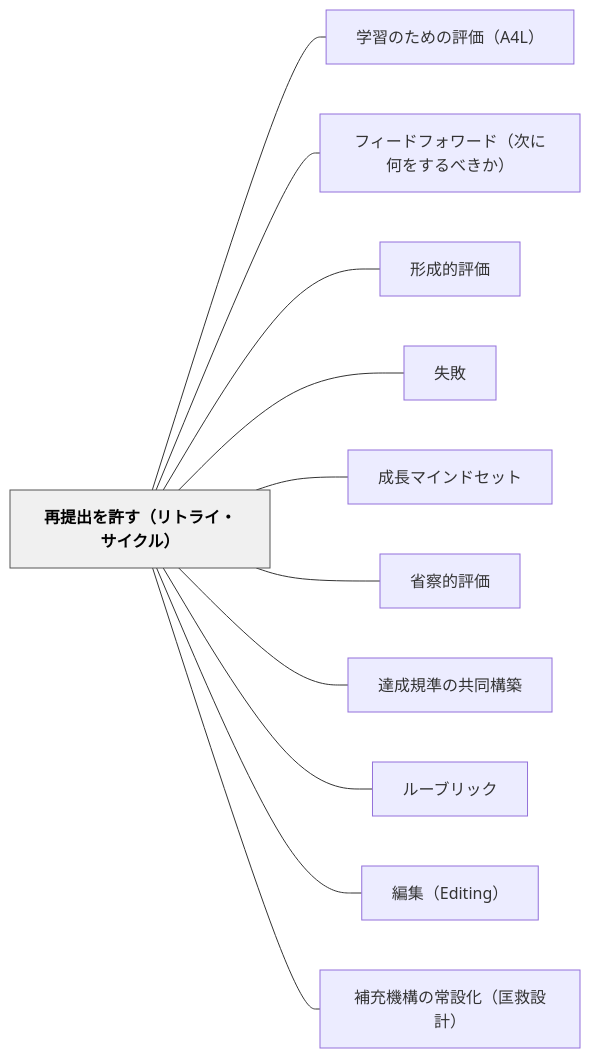
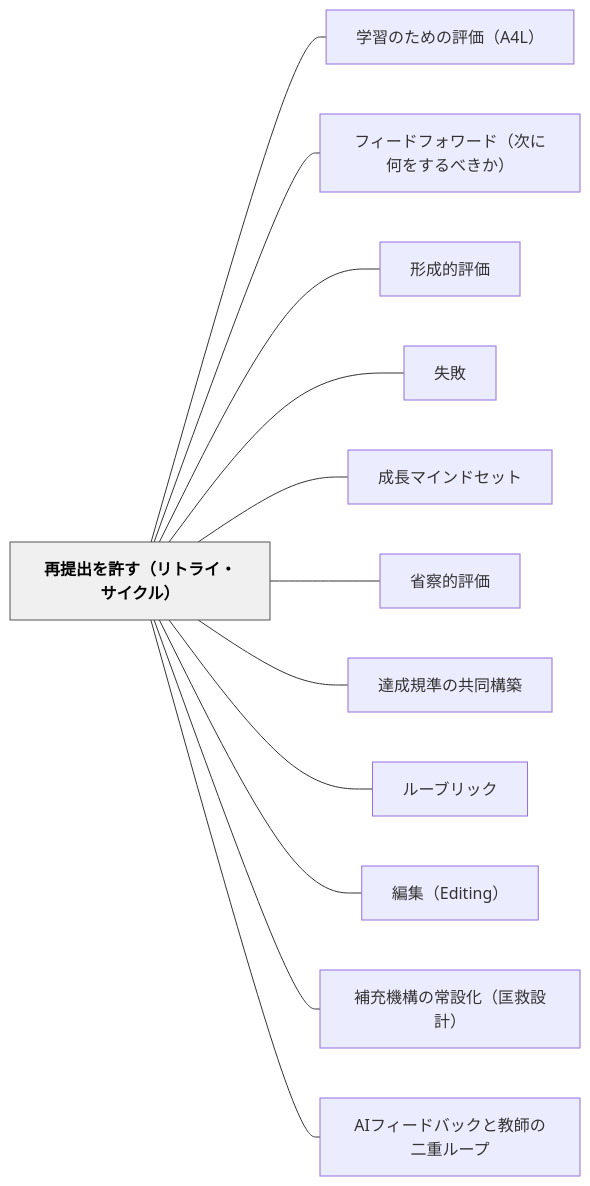
Before and after one commit to unknownthings-ed-patterns/unknownthings-ed-patterns: the diagram in content/パタン/再提出を許す（リトライ・サイクル）.md, drawn with Mermaid. The commit also changed other lines of this file and 20 other files, not shown here.

````diff
--- a/content/パタン/再提出を許す（リトライ・サイクル）.md
+++ b/content/パタン/再提出を許す（リトライ・サイクル）.md
@@ -126,28 +127,30 @@
 ```mermaid
 flowchart LR
     ne5868de68f90e587bae38292e8a8b1e38199efbc88e383aae38388e383a9e382a4e383bbe382b5e382a4e382afe383abefbc89["再提出を許す（リトライ・サイクル）"]
     ne5ada6e7bf92e381aee3819fe38281e381aee8a995e4bea1efbc8841344cefbc89["学習のための評価（A4L）"]
     ne38395e382a3e383bce38389e38395e382a9e383afe383bce38389efbc88e6aca1e381abe4bd95e38292e38199e3828be381b9e3818de3818befbc89["フィードフォワード（次に何をするべきか）"]
     ne5bda2e68890e79a84e8a995e4bea1["形成的評価"]
     ne5a4b1e69597["失敗"]
     ne68890e995b7e3839ee382a4e383b3e38389e382bbe38383e38388["成長マインドセット"]
     ne79c81e5af9fe79a84e8a995e4bea1["省察的評価"]
     ne98194e68890e8a68fe6ba96e381aee585b1e5908ce6a78be7af89["達成規準の共同構築"]
     ne383abe383bce38396e383aae38383e382af["ルーブリック"]
     ne7b7a8e99b86efbc8845646974696e67efbc89["編集（Editing）"]
     ne8a39ce58585e6a99fe6a78be381aee5b8b8e8a8ade58c96efbc88e58ca1e69591e8a8ade8a888efbc89["補充機構の常設化（匡救設計）"]
+    n4149e38395e382a3e383bce38389e38390e38383e382afe381a8e69599e5b8abe381aee4ba8ce9878de383abe383bce38397["AIフィードバックと教師の二重ループ"]
 
     ne5868de68f90e587bae38292e8a8b1e38199efbc88e383aae38388e383a9e382a4e383bbe382b5e382a4e382afe383abefbc89 --- ne5ada6e7bf92e381aee3819fe38281e381aee8a995e4bea1efbc8841344cefbc89
     ne5868de68f90e587bae38292e8a8b1e38199efbc88e383aae38388e383a9e382a4e383bbe382b5e382a4e382afe383abefbc89 --- ne38395e382a3e383bce38389e38395e382a9e383afe383bce38389efbc88e6aca1e381abe4bd95e38292e38199e3828be381b9e3818de3818befbc89
     ne5868de68f90e587bae38292e8a8b1e38199efbc88e383aae38388e383a9e382a4e383bbe382b5e382a4e382afe383abefbc89 --- ne5bda2e68890e79a84e8a995e4bea1
     ne5868de68f90e587bae38292e8a8b1e38199efbc88e383aae38388e383a9e382a4e383bbe382b5e382a4e382afe383abefbc89 --- ne5a4b1e69597
     ne5868de68f90e587bae38292e8a8b1e38199efbc88e383aae38388e383a9e382a4e383bbe382b5e382a4e382afe383abefbc89 --- ne68890e995b7e3839ee382a4e383b3e38389e382bbe38383e38388
     ne5868de68f90e587bae38292e8a8b1e38199efbc88e383aae38388e383a9e382a4e383bbe382b5e382a4e382afe383abefbc89 --- ne79c81e5af9fe79a84e8a995e4bea1
     ne5868de68f90e587bae38292e8a8b1e38199efbc88e383aae38388e383a9e382a4e383bbe382b5e382a4e382afe383abefbc89 --- ne98194e68890e8a68fe6ba96e381aee585b1e5908ce6a78be7af89
     ne5868de68f90e587bae38292e8a8b1e38199efbc88e383aae38388e383a9e382a4e383bbe382b5e382a4e382afe383abefbc89 --- ne383abe383bce38396e383aae38383e382af
     ne5868de68f90e587bae38292e8a8b1e38199efbc88e383aae38388e383a9e382a4e383bbe382b5e382a4e382afe383abefbc89 --- ne7b7a8e99b86efbc8845646974696e67efbc89
     ne5868de68f90e587bae38292e8a8b1e38199efbc88e383aae38388e383a9e382a4e383bbe382b5e382a4e382afe383abefbc89 --- ne8a39ce58585e6a99fe6a78be381aee5b8b8e8a8ade58c96efbc88e58ca1e69591e8a8ade8a888efbc89
+    ne5868de68f90e587bae38292e8a8b1e38199efbc88e383aae38388e383a9e382a4e383bbe382b5e382a4e382afe383abefbc89 --- n4149e38395e382a3e383bce38389e38390e38383e382afe381a8e69599e5b8abe381aee4ba8ce9878de383abe383bce38397
 
     classDef hub fill:#f0f0f0,stroke:#555,color:#000,font-weight:bold
     class ne5868de68f90e587bae38292e8a8b1e38199efbc88e383aae38388e383a9e382a4e383bbe382b5e382a4e382afe383abefbc89 hub
 ```
````
